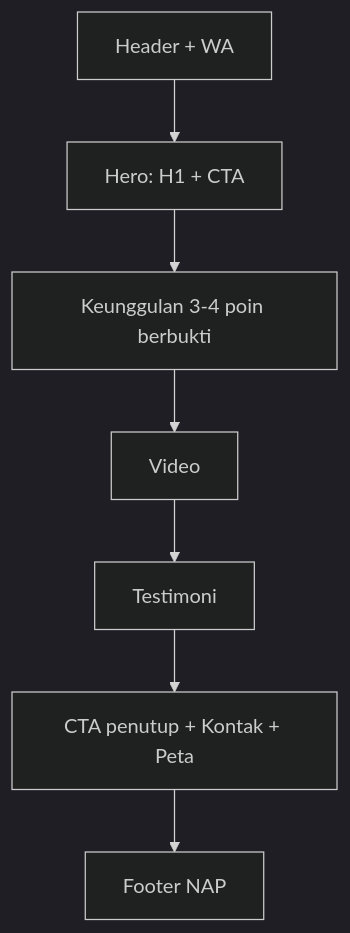
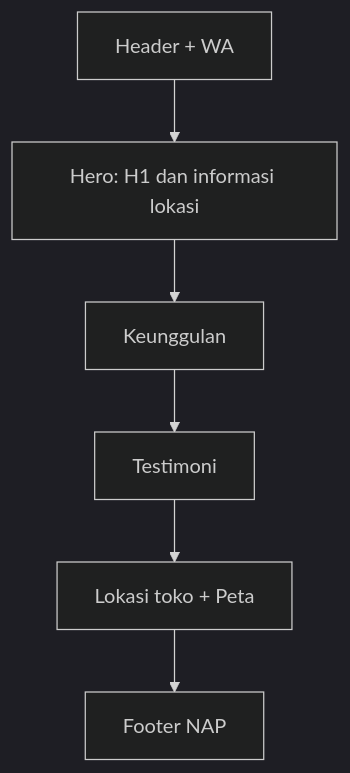
The diagram in docs/12-desain-ui-dan-konten.md (Makipak/Anugerah-Plafon-PVC), drawn with Mermaid (dark theme) before and after one commit. The commit also changed other lines of this file and 142 other files, not shown here.

````diff
--- a/docs/12-desain-ui-dan-konten.md
+++ b/docs/12-desain-ui-dan-konten.md
@@ -53,9 +53,8 @@
 ```mermaid
 flowchart TD
-  A[Header + WA] --> B[Hero: H1 + CTA]
-  B --> C[Keunggulan 3-4 poin berbukti]
-  C --> D[Video]
-  D --> E[Testimoni]
-  E --> F[CTA penutup + Kontak + Peta]
-  F --> G[Footer NAP]
+  A[Header + WA] --> B[Hero: H1 dan informasi lokasi]
+  B --> C[Keunggulan]
+  C --> D[Testimoni]
+  D --> E[Lokasi toko + Peta]
+  E --> F[Footer NAP]
 ```
````
